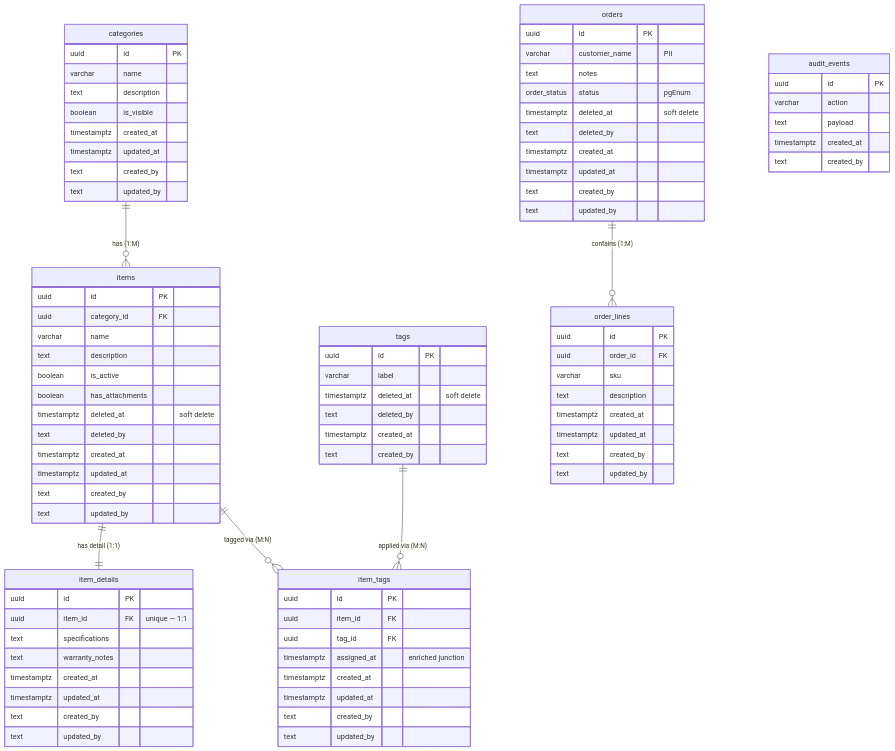
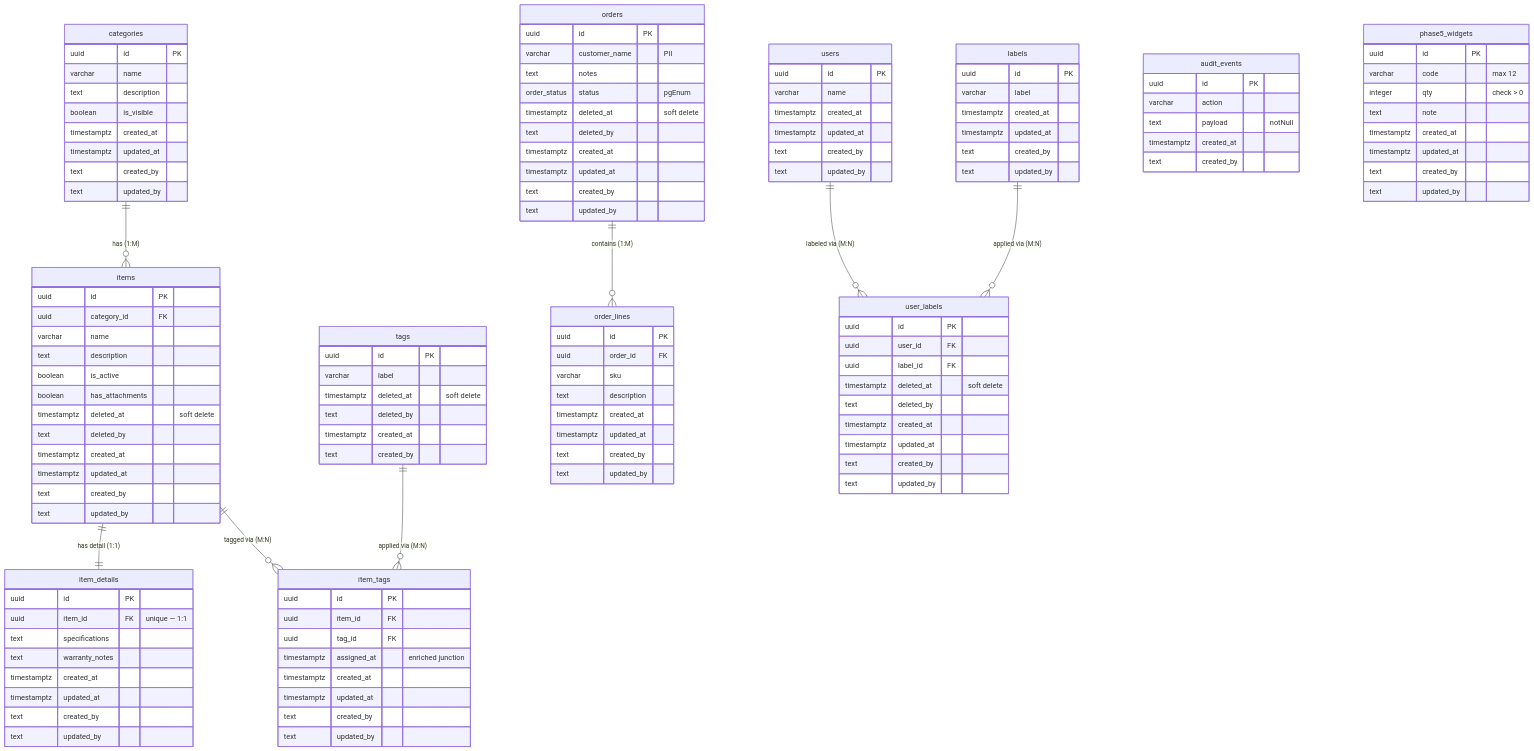
Before and after one commit to CorpDK/coding-templates: the diagram in templates/ds/src/db/ER-DIAGRAM.md, drawn with Mermaid. The commit also changed other lines of this file and 14 other files, not shown here.

````diff
--- a/templates/ds/src/db/ER-DIAGRAM.md
+++ b/templates/ds/src/db/ER-DIAGRAM.md
@@ -11,6 +11,8 @@
     items ||--o{ item_tags : "tagged via (M:N)"
     tags ||--o{ item_tags : "applied via (M:N)"
     orders ||--o{ order_lines : "contains (1:M)"
+    users ||--o{ user_labels : "labeled via (M:N)"
+    labels ||--o{ user_labels : "applied via (M:N)"
 
     categories {
         uuid id PK
@@ -96,8 +98,49 @@
     audit_events {
         uuid id PK
         varchar action
-        text payload
+        text payload "notNull"
         timestamptz created_at
         text created_by
     }
+
+    phase5_widgets {
+        uuid id PK
+        varchar code "max 12"
+        integer qty "check > 0"
+        text note
+        timestamptz created_at
+        timestamptz updated_at
+        text created_by
+        text updated_by
+    }
+
+    users {
+        uuid id PK
+        varchar name
+        timestamptz created_at
+        timestamptz updated_at
+        text created_by
+        text updated_by
+    }
+
+    labels {
+        uuid id PK
+        varchar label
+        timestamptz created_at
+        timestamptz updated_at
+        text created_by
+        text updated_by
+    }
+
+    user_labels {
+        uuid id PK
+        uuid user_id FK
+        uuid label_id FK
+        timestamptz deleted_at "soft delete"
+        text deleted_by
+        timestamptz created_at
+        timestamptz updated_at
+        text created_by
+        text updated_by
+    }
 ```
````
